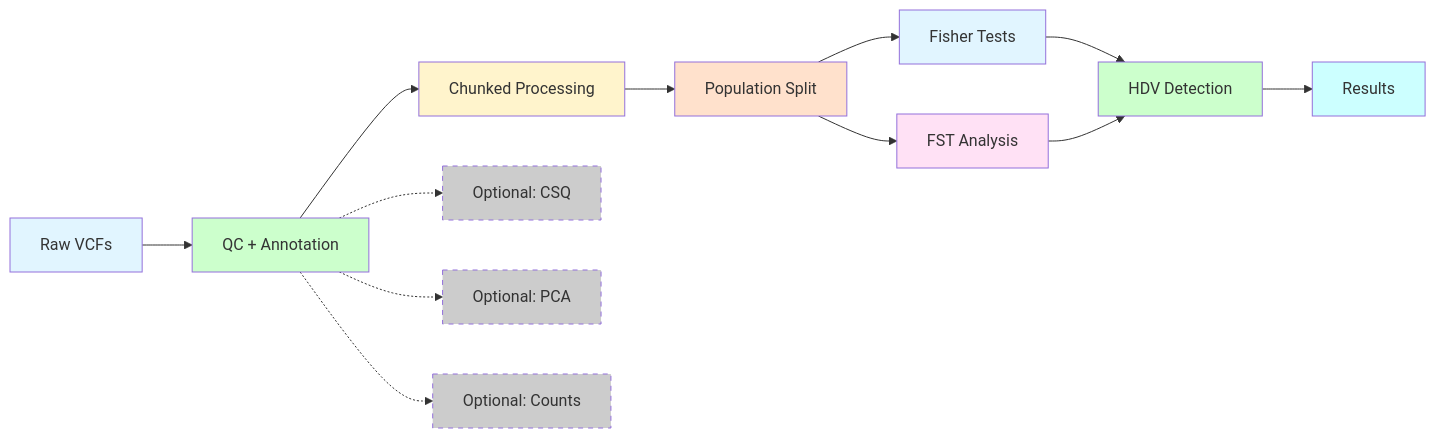
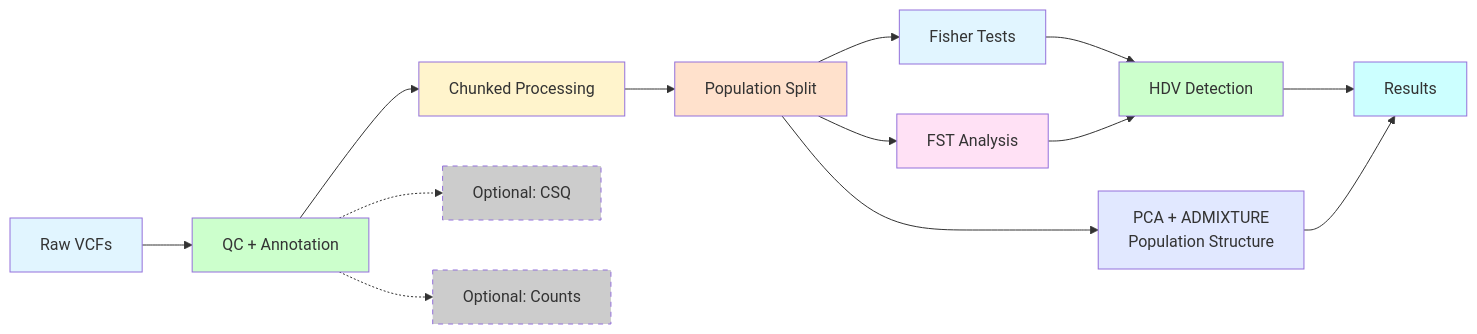
Before and after one commit to mamanambiya/exome_aibst_b38: the eighth of 8 diagrams in docs/WORKFLOW_GRAPH.md, drawn with Mermaid. The commit also changed other lines of this file, not shown here.

First line of the commit message:
docs: document PCA and ADMIXTURE population-structure workflows

````diff
--- a/docs/WORKFLOW_GRAPH.md
+++ b/docs/WORKFLOW_GRAPH.md
@@ -224,27 +269,28 @@
 ```mermaid
 graph LR
     A[Raw VCFs] --> B[QC + Annotation]
     B --> C[Chunked Processing]
     C --> D[Population Split]
     D --> E1[Fisher Tests]
     D --> E2[FST Analysis]
     E1 --> F[HDV Detection]
     E2 --> F
     F --> G[Results]
+    D --> K[PCA + ADMIXTURE<br/>Population Structure]
+    K --> G
     
     B -.-> H[Optional: CSQ]
-    B -.-> I[Optional: PCA]
     B -.-> J[Optional: Counts]
     
     style A fill:#e1f5ff
     style B fill:#ccffcc
     style C fill:#fff4cc
     style D fill:#ffe1cc
     style E1 fill:#e1f5ff
     style E2 fill:#ffe1f5
     style F fill:#ccffcc
     style G fill:#ccffff
+    style K fill:#e1e8ff
     style H fill:#cccccc,stroke-dasharray: 5 5
-    style I fill:#cccccc,stroke-dasharray: 5 5
     style J fill:#cccccc,stroke-dasharray: 5 5
 ```
````
